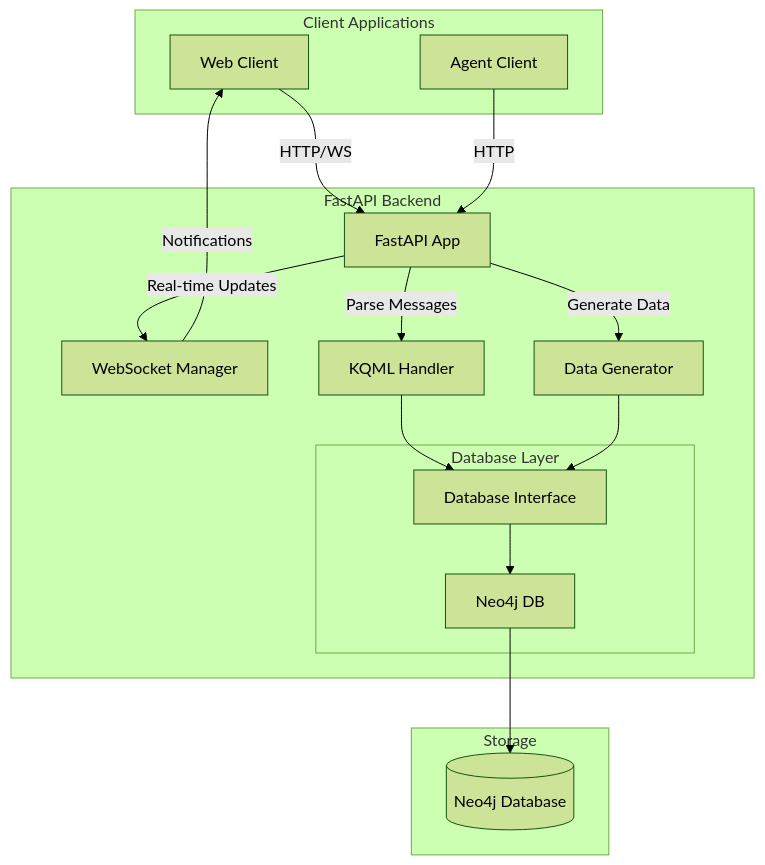
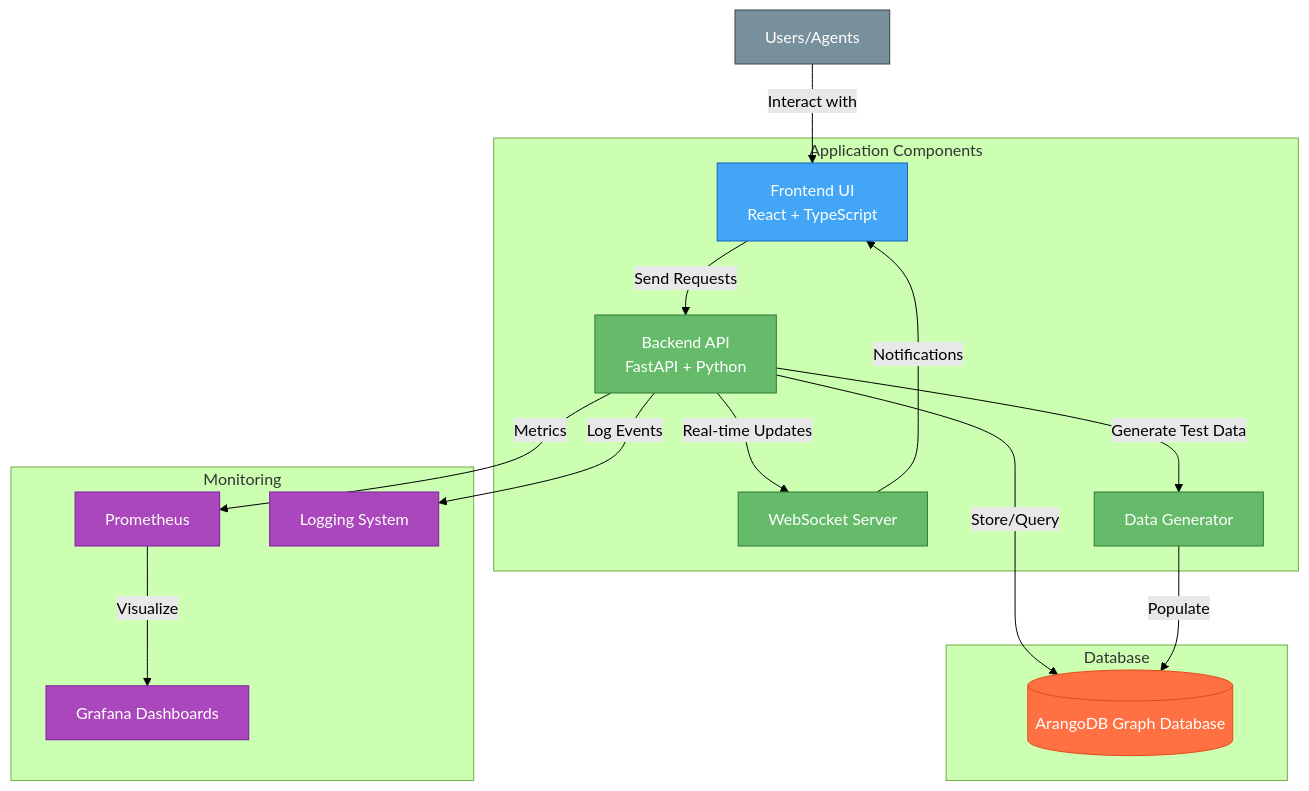
Before and after one commit to JtPerez-Acle/NeuroSpark: the first of 6 diagrams in README.md, drawn with Mermaid (forest theme). The commit also changed other lines of this file and 45 other files, not shown here.

````diff
--- a/README.md
+++ b/README.md
@@ -192,35 +20,42 @@
 ```mermaid
-graph TB
-    subgraph Client Applications
-        C1[Web Client]
-        C2[Agent Client]
+graph TD
+    subgraph "Application Components"
+        FE[Frontend UI<br>React + TypeScript]
+        BE[Backend API<br>FastAPI + Python]
+        WS[WebSocket Server]
+        DG[Data Generator]
     end
-
-    subgraph FastAPI Backend
-        API[FastAPI App]
-        WS[WebSocket Manager]
-        KH[KQML Handler]
-        DG[Data Generator]
-        
-        subgraph Database Layer
-            DBI[Database Interface]
-            NDB[Neo4j DB]
-        end
+    
+    subgraph "Database"
+        DB[(ArangoDB Graph Database)]
     end
-
-    subgraph Storage
-        Neo4j[(Neo4j Database)]
+    
+    subgraph "Monitoring"
+        PR[Prometheus]
+        GR[Grafana Dashboards]
+        LOG[Logging System]
     end
-
-    C1 --> |HTTP/WS| API
-    C2 --> |HTTP| API
-    API --> |Real-time Updates| WS
-    WS --> |Notifications| C1
-    API --> |Parse Messages| KH
-    API --> |Generate Data| DG
     
-    KH --> DBI
-    DG --> DBI
-    DBI --> NDB
-    NDB --> Neo4j
+    US[Users/Agents] -->|Interact with| FE
+    FE -->|Send Requests| BE
+    BE -->|Real-time Updates| WS
+    WS -->|Notifications| FE
+    BE -->|Store/Query| DB
+    BE -->|Generate Test Data| DG
+    DG -->|Populate| DB
+    BE -->|Metrics| PR
+    PR -->|Visualize| GR
+    BE -->|Log Events| LOG
+    
+    classDef frontend fill:#42a5f5,stroke:#1565c0,color:#fff
+    classDef backend fill:#66bb6a,stroke:#2e7d32,color:#fff
+    classDef database fill:#ff7043,stroke:#e64a19,color:#fff
+    classDef monitoring fill:#ab47bc,stroke:#7b1fa2,color:#fff
+    classDef user fill:#78909c,stroke:#37474f,color:#fff
+    
+    class FE frontend
+    class BE,WS,DG backend
+    class DB database
+    class PR,GR,LOG monitoring
+    class US user
 ```
````
